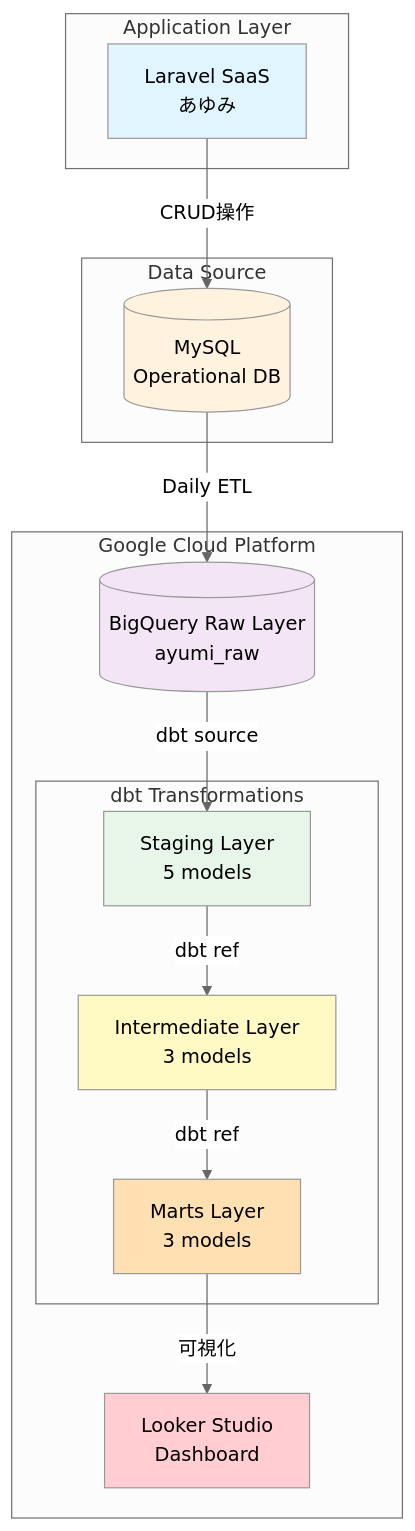
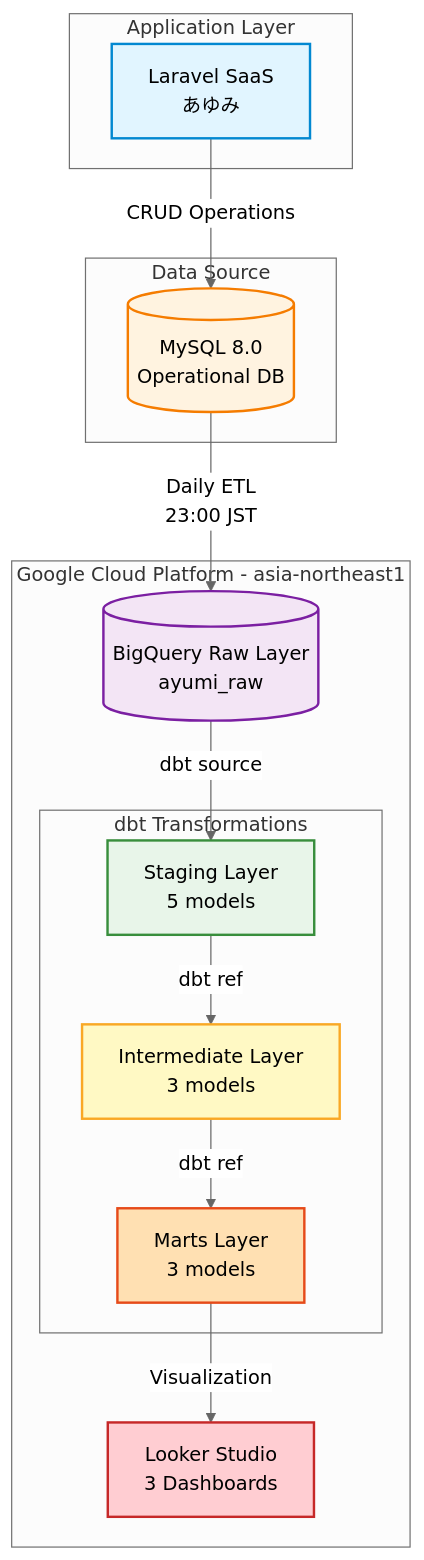
Before and after one commit to ziraffe17/analytics-portfolio: the diagram in project1-ayumi/docs/architecture.md, drawn with Mermaid (neutral theme). The commit also changed other lines of this file and 2 other files, not shown here.

````diff
--- a/project1-ayumi/docs/architecture.md
+++ b/project1-ayumi/docs/architecture.md
@@ -5,37 +13,37 @@
 ```mermaid
 graph TB
     subgraph "Application Layer"
         A[Laravel SaaS<br/>あゆみ]
     end
     
     subgraph "Data Source"
-        B[(MySQL<br/>Operational DB)]
+        B[(MySQL 8.0<br/>Operational DB)]
     end
     
-    subgraph "Google Cloud Platform"
+    subgraph "Google Cloud Platform - asia-northeast1"
         C[(BigQuery Raw Layer<br/>ayumi_raw)]
         
         subgraph "dbt Transformations"
             D[Staging Layer<br/>5 models]
             E[Intermediate Layer<br/>3 models]
             F[Marts Layer<br/>3 models]
         end
         
-        G[Looker Studio<br/>Dashboard]
+        G[Looker Studio<br/>3 Dashboards]
     end
     
-    A -->|CRUD操作| B
-    B -->|Daily ETL| C
+    A -->|CRUD Operations| B
+    B -->|Daily ETL<br/>23:00 JST| C
     C -->|dbt source| D
     D -->|dbt ref| E
     E -->|dbt ref| F
-    F -->|可視化| G
+    F -->|Visualization| G
     
-    style A fill:#e1f5ff
-    style B fill:#fff3e0
-    style C fill:#f3e5f5
-    style D fill:#e8f5e9
-    style E fill:#fff9c4
-    style F fill:#ffe0b2
-    style G fill:#ffcdd2
+    style A fill:#e1f5ff,stroke:#0288d1,stroke-width:2px
+    style B fill:#fff3e0,stroke:#f57c00,stroke-width:2px
+    style C fill:#f3e5f5,stroke:#7b1fa2,stroke-width:2px
+    style D fill:#e8f5e9,stroke:#388e3c,stroke-width:2px
+    style E fill:#fff9c4,stroke:#f9a825,stroke-width:2px
+    style F fill:#ffe0b2,stroke:#e64a19,stroke-width:2px
+    style G fill:#ffcdd2,stroke:#c62828,stroke-width:2px
 ```
````
